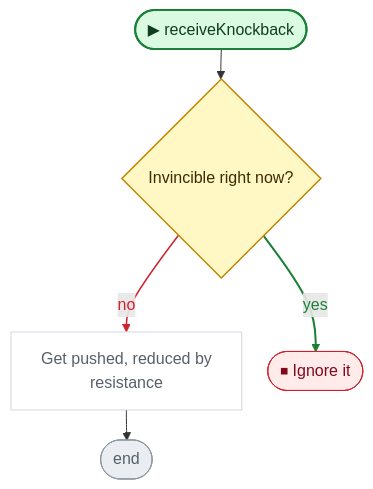
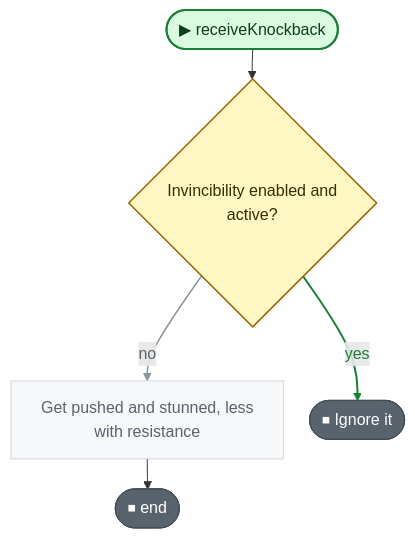
Before and after one commit to nataiai/Lord-of-the-Dungeon: diagram 15 of 15 in CodeGraph~/graph/Player.cs.md, drawn with Mermaid. The commit also changed other lines of this file and 57 other files, not shown here.

````diff
--- a/CodeGraph~/graph/Player.cs.md
+++ b/CodeGraph~/graph/Player.cs.md
@@ -911,40 +882,40 @@
 ```mermaid
 ---
 config:
   flowchart:
     wrappingWidth: 260
     nodeSpacing: 26
     rankSpacing: 30
 ---
 flowchart TD
   nS(["▶ receiveKnockback"])
-  nae1302{"Invincible right now?"}
-  ndd2306["Get pushed, reduced by<br>resistance"]
-  nE(["end"])
+  nae1302{"Invincibility enabled and<br>active?"}
+  ndd2306["Get pushed and stunned, less<br>with resistance"]
+  nE(["⏹ end"])
   nb2e4fc(["⏹ Ignore it"])
   nS --> nae1302
   nae1302 -->|no| ndd2306
   nae1302 -->|yes| nb2e4fc
   ndd2306 --> nE
-  linkStyle 1 stroke:#cf222e,stroke-width:1.5px,color:#cf222e
+  linkStyle 1 stroke:#8c959f,stroke-width:1.5px,color:#59636e
   linkStyle 2 stroke:#1a7f37,stroke-width:2px,color:#1a7f37
   classDef unity fill:#dafbe1,stroke:#1a7f37,stroke-width:2px,color:#0f3d1d
   classDef start fill:#dafbe1,stroke:#1a7f37,stroke-width:2px,color:#0f3d1d
-  classDef calc fill:#ffffff,stroke:#d0d7de,color:#57606a
+  classDef calc fill:#f6f8fa,stroke:#d1d9e0,color:#59636e
   classDef calls fill:#ddf4ff,stroke:#0969da,stroke-width:2px,color:#0a3069
-  classDef ext fill:#ddf4ff,stroke:#0969da,stroke-width:2px,stroke-dasharray:5 3,color:#0a3069
-  classDef cond fill:#fff8c5,stroke:#bf8700,stroke-width:1.5px,color:#3d2a00
-  classDef loop fill:#f6f8fa,stroke:#57606a,color:#1f2328
-  classDef exit fill:#ffebe9,stroke:#cf222e,color:#82071e
+  classDef ext fill:#f6f8fa,stroke:#59636e,stroke-width:1.5px,stroke-dasharray:5 5,color:#1f2328
+  classDef cond fill:#fff8c5,stroke:#9a6700,stroke-width:1.5px,color:#3d2a00
+  classDef loop fill:#fff8c5,stroke:#9a6700,color:#3d2a00
+  classDef wait fill:#fff8c5,stroke:#9a6700,color:#3d2a00
+  classDef exit fill:#59636e,stroke:#424a53,color:#ffffff
+  classDef fin fill:#59636e,stroke:#424a53,color:#ffffff
+  classDef act fill:#ffffff,stroke:#59636e,stroke-width:1.5px,color:#1f2328
   classDef kill fill:#ffebe9,stroke:#cf222e,stroke-width:2px,color:#82071e
-  classDef spawn fill:#dafbe1,stroke:#1a7f37,stroke-width:2px,color:#0f3d1d
-  classDef wait fill:#fff1e5,stroke:#bc4c00,color:#4d1d00
-  classDef fin fill:#eaeef2,stroke:#8c959f,color:#57606a
   classDef join fill:#d0d7de,stroke:#8c959f,color:#57606a
   classDef ghdr fill:#f5f9ff,stroke:#f5f9ff,color:#0a3069,font-weight:bold
   class ndd2306 calc
   class nae1302 cond
   class nb2e4fc exit
   class nE fin
   class nS start
 ```
````
